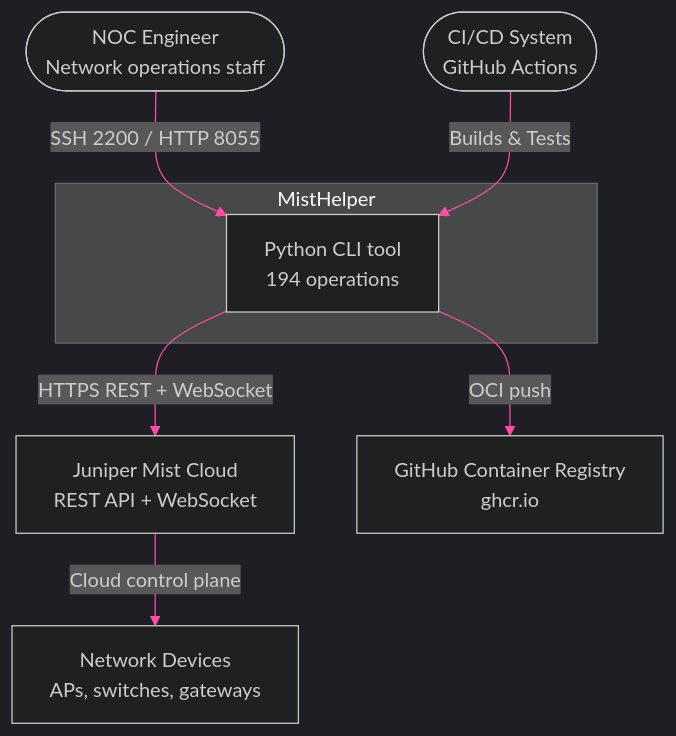
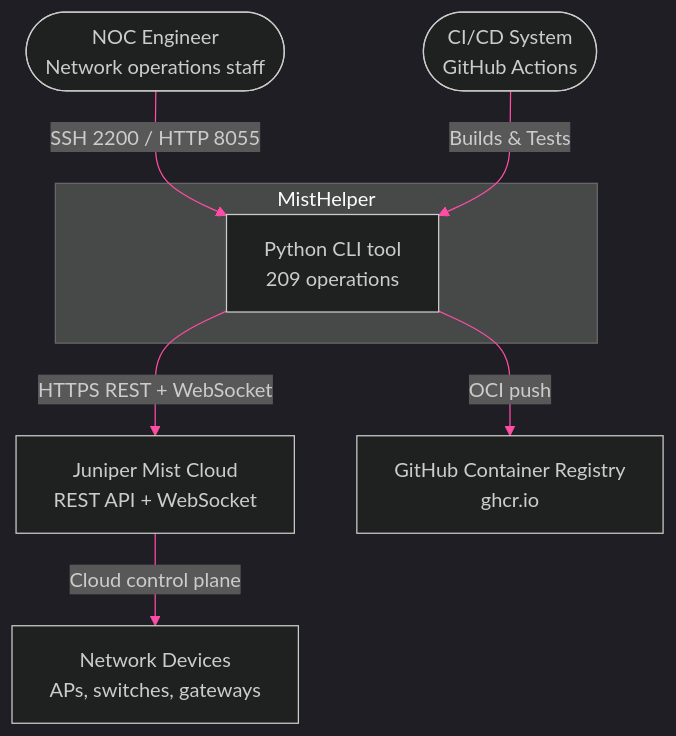
The first of 3 diagrams in documentation/diagrams/core/architecture-overview.md (jmorrison-juniper/MistHelper), drawn with Mermaid before and after one commit. The commit also changed 8 other files, not shown here.

````diff
--- a/documentation/diagrams/core/architecture-overview.md
+++ b/documentation/diagrams/core/architecture-overview.md
@@ -11,28 +11,28 @@
 ```mermaid
 %%{init: {'theme': 'dark', 'themeVariables': {
   'primaryColor': '#E20074',
   'primaryTextColor': '#E0E0E0',
   'primaryBorderColor': '#99004D',
   'lineColor': '#FF4DA6',
   'secondaryColor': '#16213E',
   'tertiaryColor': '#1A1A2E',
   'fontFamily': 'ui-monospace, monospace'
 }}}%%
 flowchart TB
     noc_engineer(["NOC Engineer<br/>Network operations staff"])
     ci_system(["CI/CD System<br/>GitHub Actions"])
 
     subgraph misthelper["MistHelper"]
-        mh["Python CLI tool<br/>194 operations"]
+        mh["Python CLI tool<br/>209 operations"]
     end
 
     mist_cloud["Juniper Mist Cloud<br/>REST API + WebSocket"]
     ghcr["GitHub Container Registry<br/>ghcr.io"]
     network_devices["Network Devices<br/>APs, switches, gateways"]
 
     noc_engineer -->|"SSH 2200 / HTTP 8055"| mh
     ci_system -->|"Builds & Tests"| mh
     mh -->|"HTTPS REST + WebSocket"| mist_cloud
     mh -->|"OCI push"| ghcr
     mist_cloud -->|"Cloud control plane"| network_devices
 ```
````
